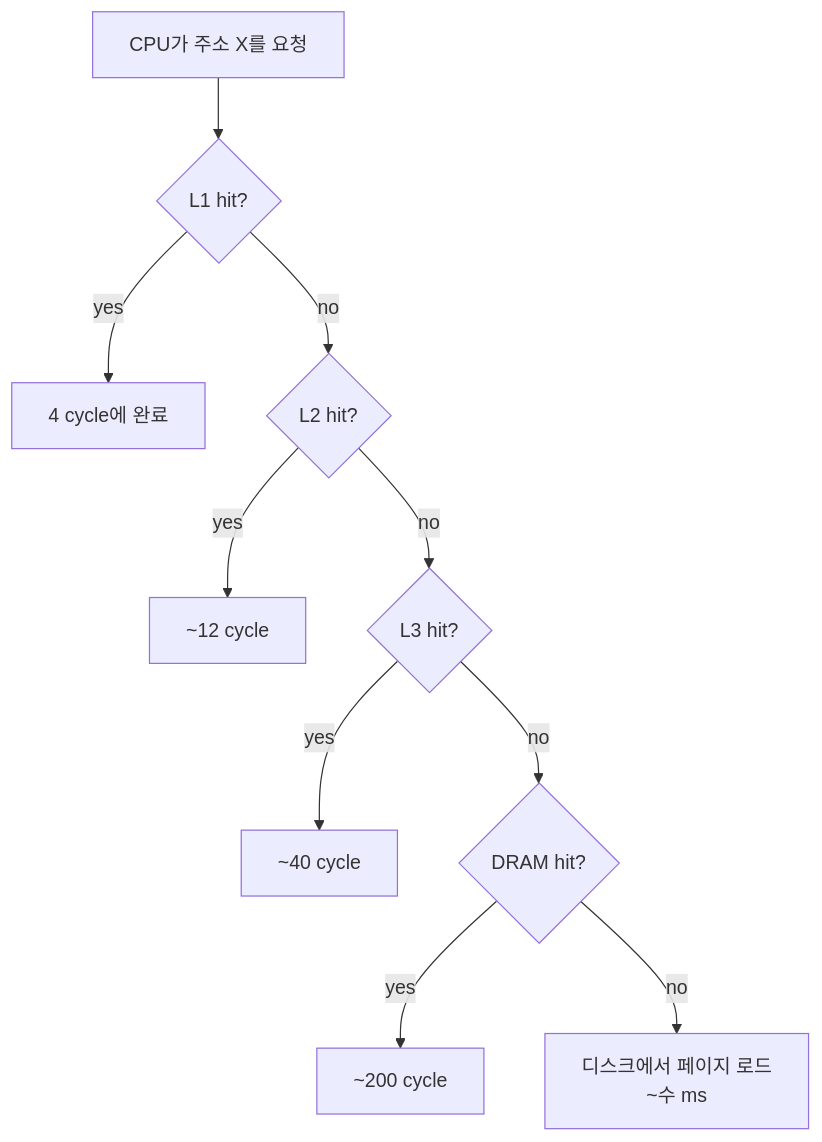
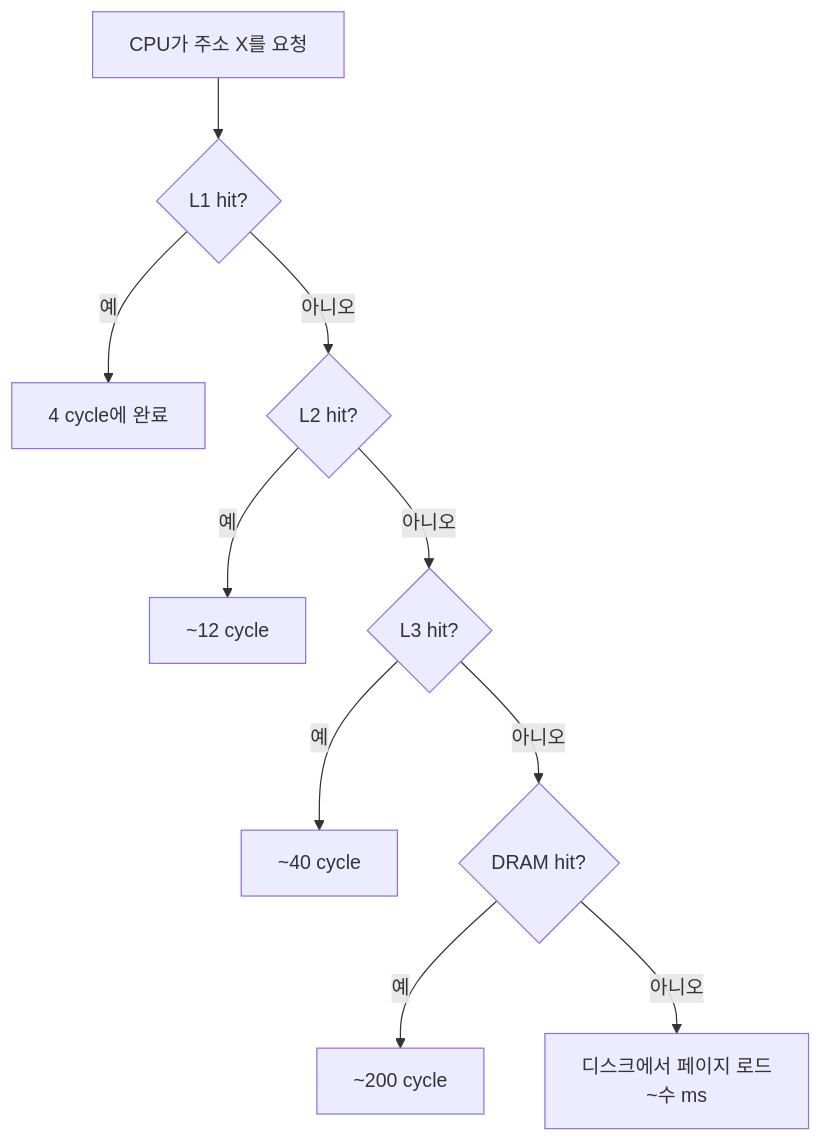
Before and after one commit to Jungle-12-303/wk07_6: the second of 2 diagrams in docs/blog/concepts/01-memory-hierarchy.md, drawn with Mermaid. The commit also changed other lines of this file and 26 other files, not shown here.

First line of the commit message:
docs: 블로그 소제목·Mermaid·ASCII 박스 가독성 정비

````diff
--- a/docs/blog/concepts/01-memory-hierarchy.md
+++ b/docs/blog/concepts/01-memory-hierarchy.md
@@ -77,12 +77,12 @@
 ```mermaid
 flowchart TD
-    A[CPU가 주소 X를 요청] --> B{L1 hit?}
-    B -- yes --> Z[4 cycle에 완료]
-    B -- no --> C{L2 hit?}
-    C -- yes --> Y[~12 cycle]
-    C -- no --> D{L3 hit?}
-    D -- yes --> X[~40 cycle]
-    D -- no --> E{DRAM hit?}
-    E -- yes --> W[~200 cycle]
-    E -- no --> F[디스크에서 페이지 로드<br/>~수 ms]
+    A["CPU가 주소 X를 요청"] --> B{"L1 hit?"}
+    B -- "예" --> Z["4 cycle에 완료"]
+    B -- "아니오" --> C{"L2 hit?"}
+    C -- "예" --> Y["~12 cycle"]
+    C -- "아니오" --> D{"L3 hit?"}
+    D -- "예" --> X["~40 cycle"]
+    D -- "아니오" --> E{"DRAM hit?"}
+    E -- "예" --> W["~200 cycle"]
+    E -- "아니오" --> F["디스크에서 페이지 로드<br/>~수 ms"]
 ```
````
